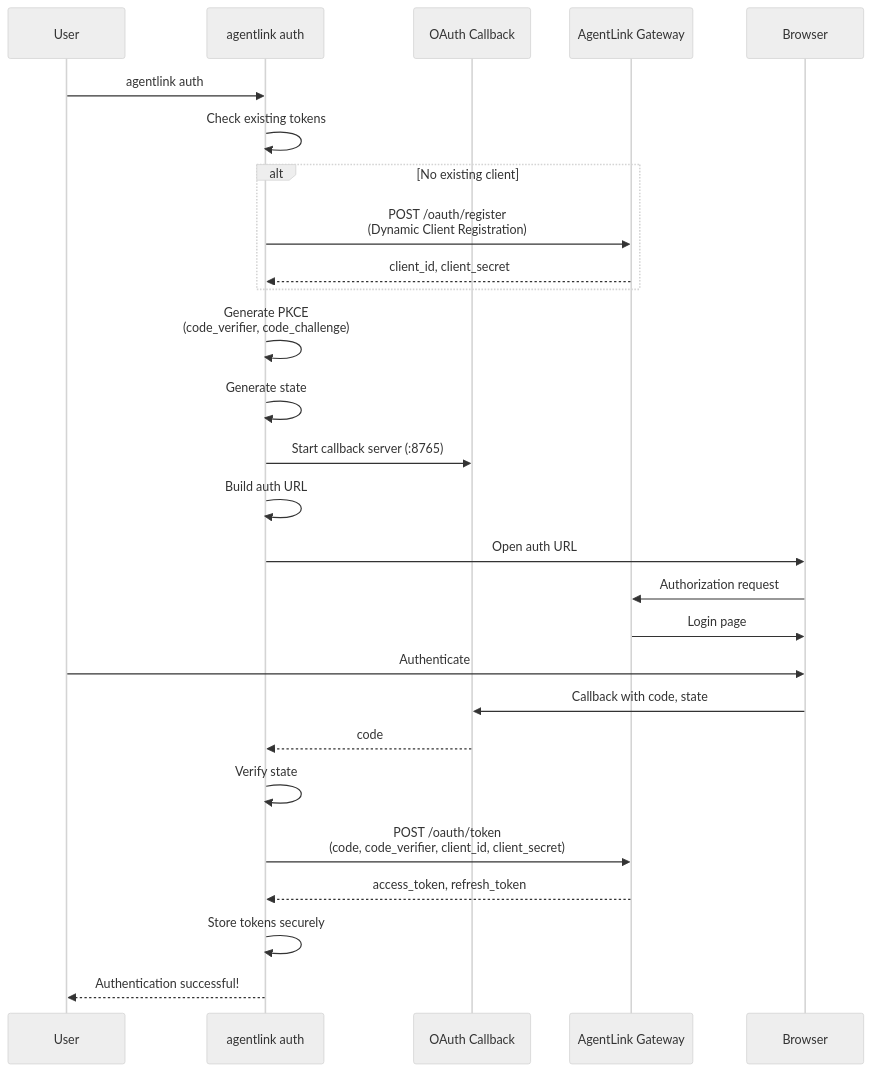
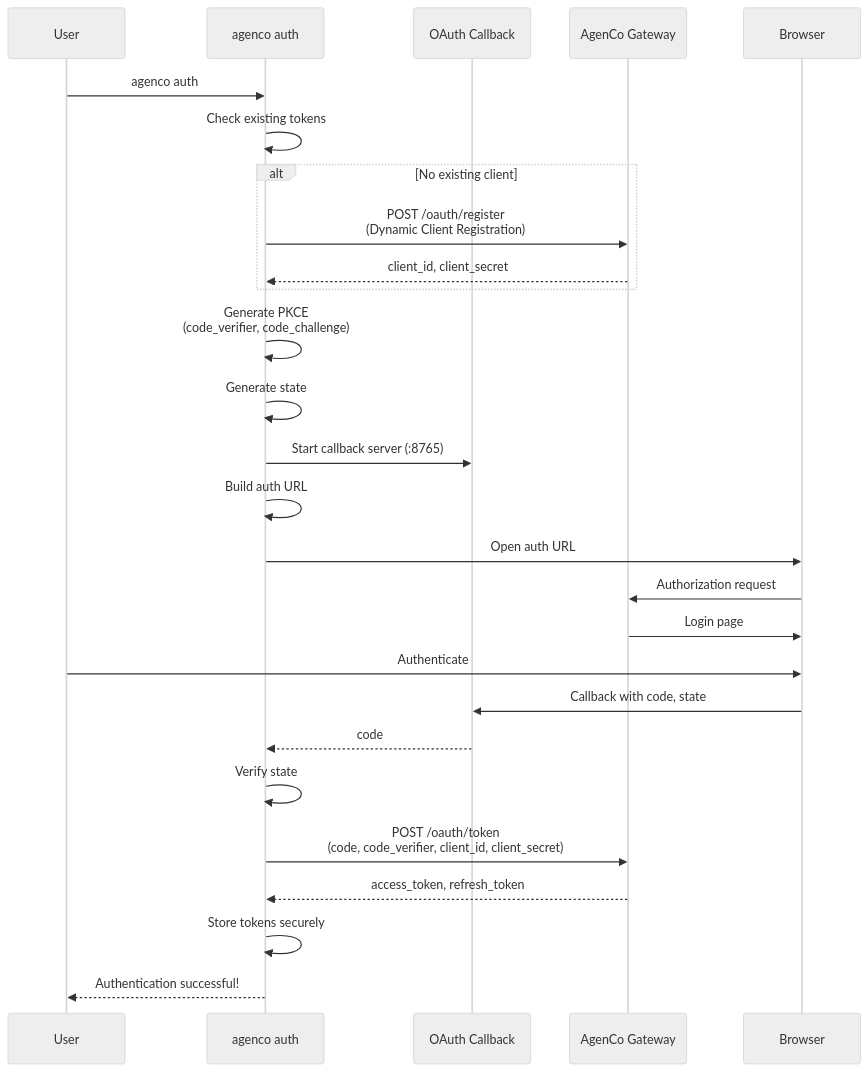
One commit to agen-co/agenshield changed the eighth of 12 diagrams in ARCHITECTURE.md. Above: the diagram before and after it, drawn with Mermaid (neutral theme). The commit also changed other lines of this file and 235 other files, not shown here.

Commit message:
Refactor AgentLink to AgenCo; update related components and schemas, enhance filesystem policy support

````diff
--- a/ARCHITECTURE.md
+++ b/ARCHITECTURE.md
@@ -467,41 +467,41 @@
 ```mermaid
 sequenceDiagram
     participant User
-    participant CLI as agentlink auth
+    participant CLI as agenco auth
     participant Server as OAuth Callback
-    participant Gateway as AgentLink Gateway
+    participant Gateway as AgenCo Gateway
     participant Browser
 
-    User->>CLI: agentlink auth
+    User->>CLI: agenco auth
 
     CLI->>CLI: Check existing tokens
 
     alt No existing client
         CLI->>Gateway: POST /oauth/register<br/>(Dynamic Client Registration)
         Gateway-->>CLI: client_id, client_secret
     end
 
     CLI->>CLI: Generate PKCE<br/>(code_verifier, code_challenge)
     CLI->>CLI: Generate state
 
     CLI->>Server: Start callback server (:8765)
     CLI->>CLI: Build auth URL
 
     CLI->>Browser: Open auth URL
     Browser->>Gateway: Authorization request
     Gateway->>Browser: Login page
 
     User->>Browser: Authenticate
 
     Browser->>Server: Callback with code, state
     Server-->>CLI: code
 
     CLI->>CLI: Verify state
 
     CLI->>Gateway: POST /oauth/token<br/>(code, code_verifier, client_id, client_secret)
     Gateway-->>CLI: access_token, refresh_token
 
     CLI->>CLI: Store tokens securely
 
     CLI-->>User: Authentication successful!
 ```
````
